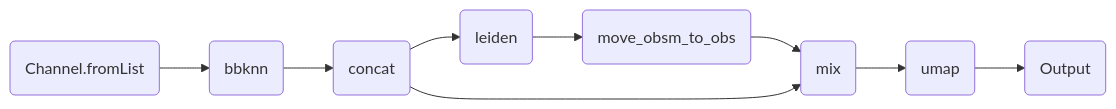
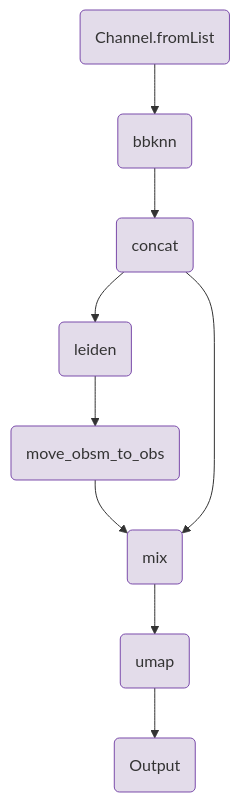
The diagram in components/workflows/integration/bbknn_leiden.qmd (openpipelines-bio/website), drawn with Mermaid before and after one commit. The commit also changed 21 other files, not shown here.

````diff
--- a/components/workflows/integration/bbknn_leiden.qmd
+++ b/components/workflows/integration/bbknn_leiden.qmd
@@ -143,21 +143,28 @@
 ```{mermaid}
-%%| column: screen-inset-shaded
-flowchart LR
+flowchart TB
     v0(Channel.fromList)
     v29(concat)
     v18(bbknn)
     v39(leiden)
     v59(move_obsm_to_obs)
     v72(mix)
     v81(umap)
     v108(Output)
     v0-->v18
     v18-->v29
     v29-->v39
     v39-->v59
     v59-->v72
     v29-->v72
     v72-->v81
     v81-->v108
+    style v0 fill:#e3dcea,stroke:#7a4baa;
+    style v29 fill:#e3dcea,stroke:#7a4baa;
+    style v18 fill:#e3dcea,stroke:#7a4baa;
+    style v39 fill:#e3dcea,stroke:#7a4baa;
+    style v59 fill:#e3dcea,stroke:#7a4baa;
+    style v72 fill:#e3dcea,stroke:#7a4baa;
+    style v81 fill:#e3dcea,stroke:#7a4baa;
+    style v108 fill:#e3dcea,stroke:#7a4baa;
 
 ```
````
